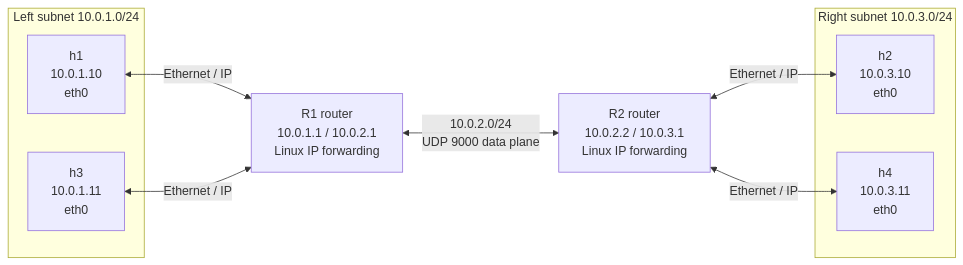
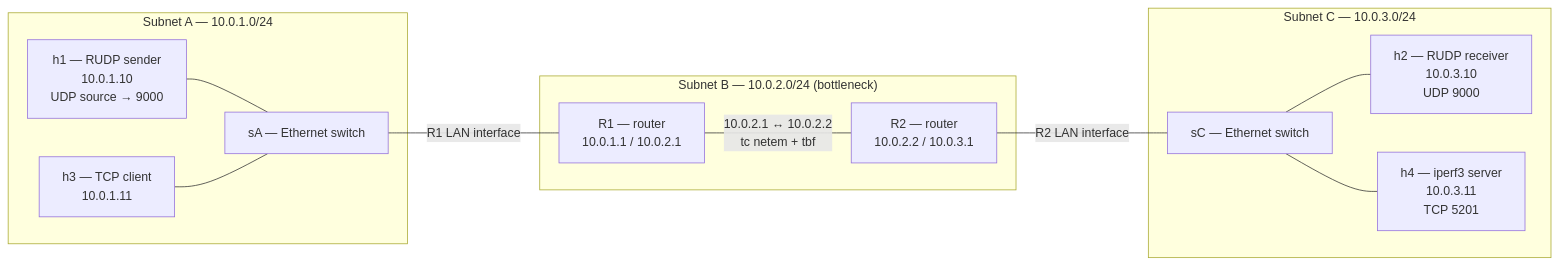
Before and after one commit to GhufranMianoor/RUDP: the diagram in docs/ARCHITECTURE.md, drawn with Mermaid. The commit also changed other lines of this file and 37 other files, not shown here.

First line of the commit message:
Add fairness analysis and testing for RUDP and TCP flows

````diff
--- a/docs/ARCHITECTURE.md
+++ b/docs/ARCHITECTURE.md
@@ -5,21 +13,23 @@
 ```mermaid
 flowchart LR
-    subgraph LEFT["Left subnet 10.0.1.0/24"]
-        H1["h1\n10.0.1.10\neth0"]
-        H3["h3\n10.0.1.11\neth0"]
-    end
-
-    R1["R1 router\n10.0.1.1 / 10.0.2.1\nLinux IP forwarding"]
-    R2["R2 router\n10.0.2.2 / 10.0.3.1\nLinux IP forwarding"]
-
-    subgraph RIGHT["Right subnet 10.0.3.0/24"]
-        H2["h2\n10.0.3.10\neth0"]
-        H4["h4\n10.0.3.11\neth0"]
-    end
-
-    H1 <-->|Ethernet / IP| R1
-    H3 <-->|Ethernet / IP| R1
-    R1 <-->|"10.0.2.0/24\nUDP 9000 data plane"| R2
-    R2 <-->|Ethernet / IP| H2
-    R2 <-->|Ethernet / IP| H4
+  subgraph A["Subnet A — 10.0.1.0/24"]
+    h1["h1 — RUDP sender\n10.0.1.10\nUDP source → 9000"]
+    h3["h3 — TCP client\n10.0.1.11"]
+    sA["sA — Ethernet switch"]
+    h1 --- sA
+    h3 --- sA
+  end
+  R1["R1 — router\n10.0.1.1 / 10.0.2.1"]
+  subgraph B["Subnet B — 10.0.2.0/24 (bottleneck)"]
+    R1 ---|"10.0.2.1 ↔ 10.0.2.2\ntc netem + tbf"| R2["R2 — router\n10.0.2.2 / 10.0.3.1"]
+  end
+  subgraph C["Subnet C — 10.0.3.0/24"]
+    sC["sC — Ethernet switch"]
+    h2["h2 — RUDP receiver\n10.0.3.10\nUDP 9000"]
+    h4["h4 — iperf3 server\n10.0.3.11\nTCP 5201"]
+    sC --- h2
+    sC --- h4
+  end
+  sA ---|"R1 LAN interface"| R1
+  R2 ---|"R2 LAN interface"| sC
 ```
````
